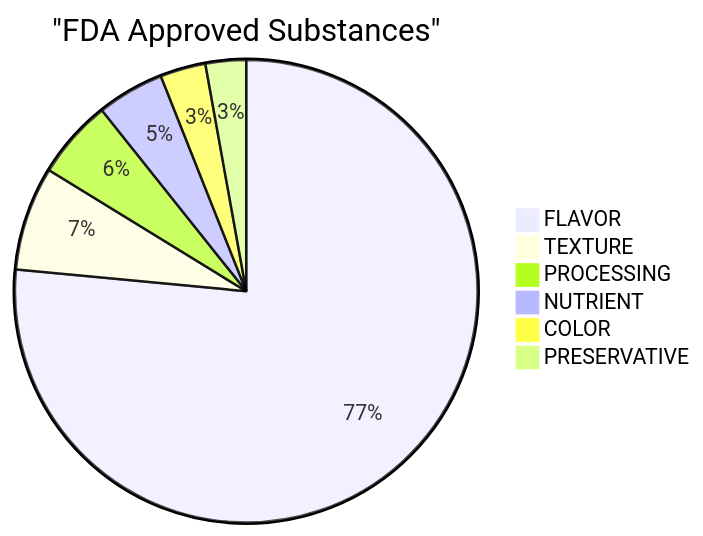
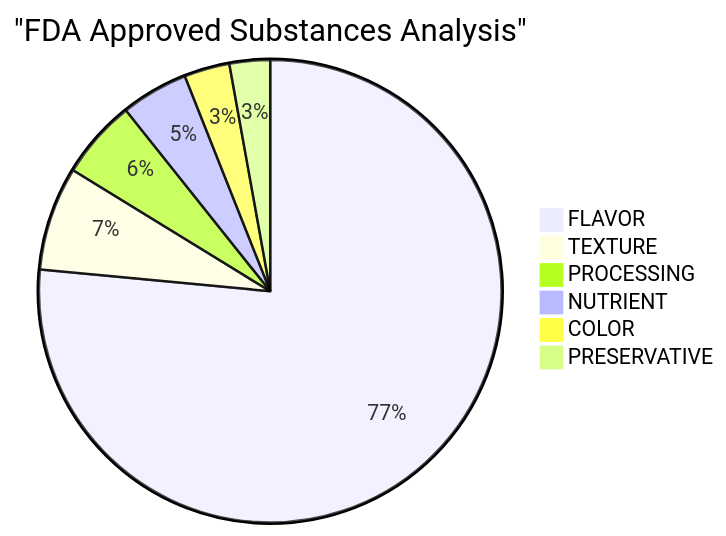
The second of 22 diagrams in README.md (gsinghjay/data-dashboard), drawn with Mermaid before and after one commit. The commit also changed other lines of this file, not shown here.

First line of the commit message:
feat: add detailed statistical analysis, 15+ new visualizations, data sources, and methodology

````diff
--- a/README.md
+++ b/README.md
@@ -119,10 +36,9 @@
 ```mermaid
-pie
-    title "FDA Approved Substances"
+pie title "FDA Approved Substances Analysis"
     "FLAVOR" : 3077
     "TEXTURE" : 292
     "PROCESSING" : 222
     "NUTRIENT" : 189
     "COLOR" : 128
     "PRESERVATIVE" : 114
 ```
````
